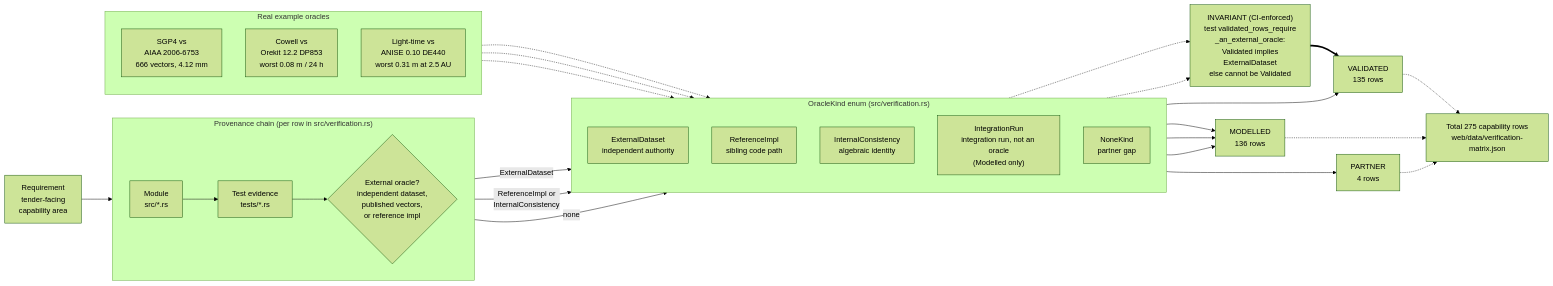
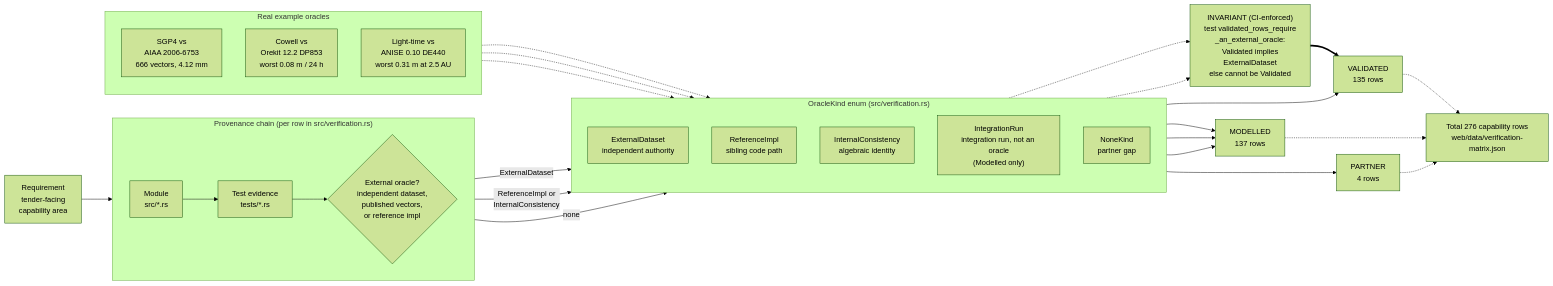
Before and after one commit to ashfordeOU/kshana: the diagram in docs/diagrams/validation-provenance.mmd, drawn with Mermaid (forest theme). The commit also changed 24 other files, not shown here.

```diff
--- a/docs/diagrams/validation-provenance.mmd
+++ b/docs/diagrams/validation-provenance.mmd
@@ -1,51 +1,51 @@
 flowchart LR
     REQ["Requirement<br/>tender-facing<br/>capability area"]
 
     subgraph CHAIN["Provenance chain (per row in src/verification.rs)"]
         direction LR
         MOD["Module<br/>src/*.rs"]
         TST["Test evidence<br/>tests/*.rs"]
         ORA{"External oracle?<br/>independent dataset,<br/>published vectors,<br/>or reference impl"}
     end
 
     REQ --> MOD --> TST --> ORA
 
     subgraph KINDS["OracleKind enum (src/verification.rs)"]
         direction TD
         EXT["ExternalDataset<br/>independent authority"]
         REF["ReferenceImpl<br/>sibling code path"]
         INT["InternalConsistency<br/>algebraic identity"]
         IRN["IntegrationRun<br/>integration run, not an oracle<br/>(Modelled only)"]
         NON["NoneKind<br/>partner gap"]
     end
 
     ORA -->|ExternalDataset| EXT
     ORA -->|"ReferenceImpl or<br/>InternalConsistency"| INT
     ORA -->|none| NON
 
     GUARD["INVARIANT (CI-enforced)<br/>test validated_rows_require<br/>_an_external_oracle:<br/>Validated implies<br/>ExternalDataset<br/>else cannot be Validated"]
     EXT -.-> GUARD
     INT -.-> GUARD
 
     EXT --> VAL["VALIDATED<br/>135 rows"]
-    REF --> MDL["MODELLED<br/>136 rows"]
+    REF --> MDL["MODELLED<br/>137 rows"]
     INT --> MDL
     IRN --> MDL
     NON --> PRT["PARTNER<br/>4 rows"]
     GUARD ==> VAL
 
     subgraph EX["Real example oracles"]
         direction TD
         E1["SGP4 vs<br/>AIAA 2006-6753<br/>666 vectors, 4.12 mm"]
         E2["Cowell vs<br/>Orekit 12.2 DP853<br/>worst 0.08 m / 24 h"]
         E3["Light-time vs<br/>ANISE 0.10 DE440<br/>worst 0.31 m at 2.5 AU"]
     end
 
     E1 -.-> EXT
     E2 -.-> EXT
     E3 -.-> EXT
 
-    TOTAL["Total 275 capability rows<br/>web/data/verification-matrix.json"]
+    TOTAL["Total 276 capability rows<br/>web/data/verification-matrix.json"]
     VAL -.-> TOTAL
     MDL -.-> TOTAL
     PRT -.-> TOTAL
```
